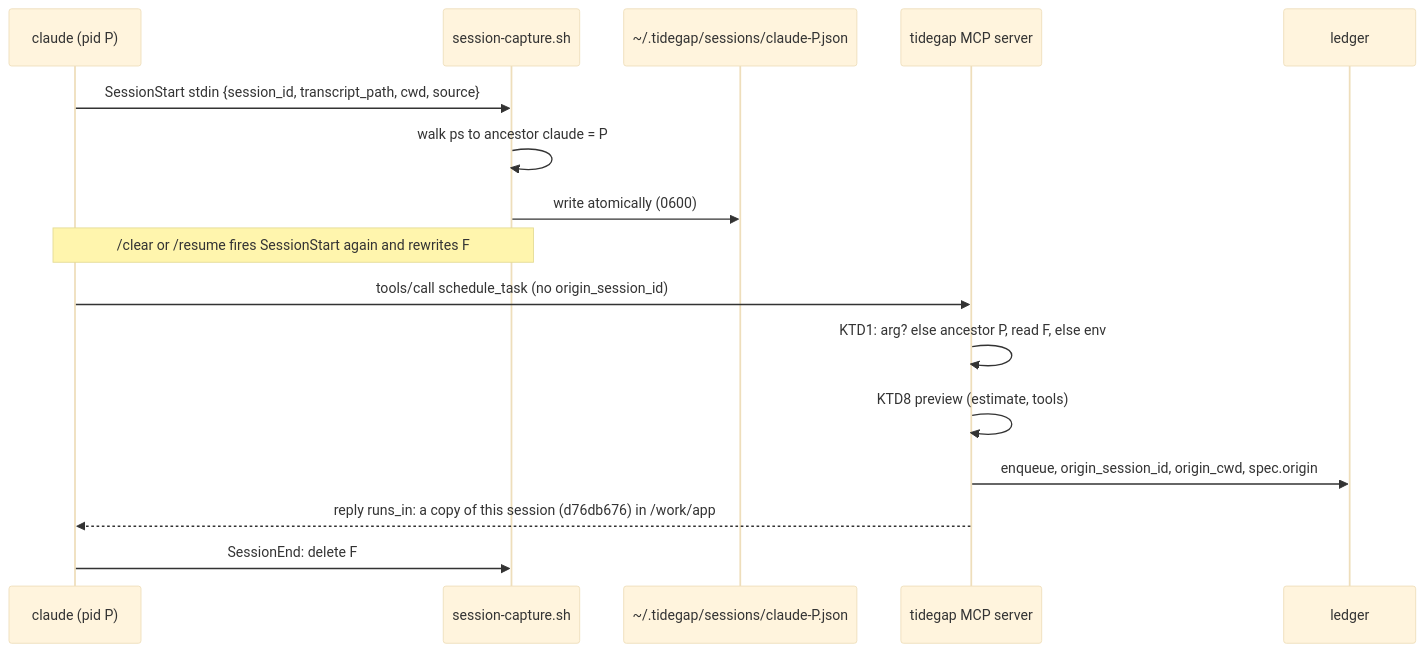
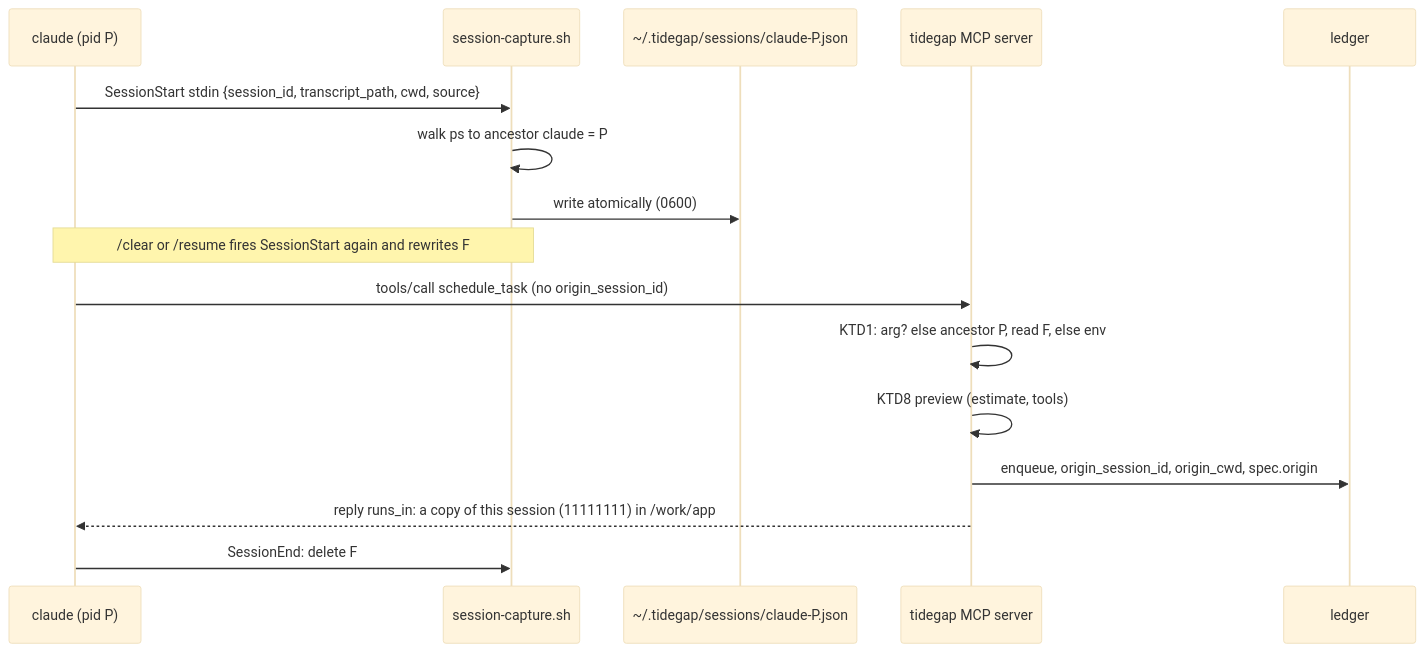
One commit to tidegap/tidegap changed the first of 2 diagrams in docs/plans/2026-10-17-1953-feat-origin-session-plan.md. Above: the diagram before and after it, drawn with Mermaid (base theme). The commit also changed other lines of this file and 31 other files, not shown here.

````diff
--- a/docs/plans/2026-10-17-1953-feat-origin-session-plan.md
+++ b/docs/plans/2026-10-17-1953-feat-origin-session-plan.md
@@ -146,18 +146,18 @@
 ```mermaid
 sequenceDiagram
   participant CC as claude (pid P)
   participant H as session-capture.sh
   participant F as ~/.tidegap/sessions/claude-P.json
   participant M as tidegap MCP server
   participant L as ledger
   CC->>H: SessionStart stdin {session_id, transcript_path, cwd, source}
   H->>H: walk ps to ancestor claude = P
   H->>F: write atomically (0600)
   Note over CC,H: /clear or /resume fires SessionStart again and rewrites F
   CC->>M: tools/call schedule_task (no origin_session_id)
   M->>M: KTD1: arg? else ancestor P, read F, else env
   M->>M: KTD8 preview (estimate, tools)
   M->>L: enqueue, origin_session_id, origin_cwd, spec.origin
-  M-->>CC: reply runs_in: a copy of this session (d76db676) in /work/app
+  M-->>CC: reply runs_in: a copy of this session (11111111) in /work/app
   CC->>H: SessionEnd: delete F
 ```
````
